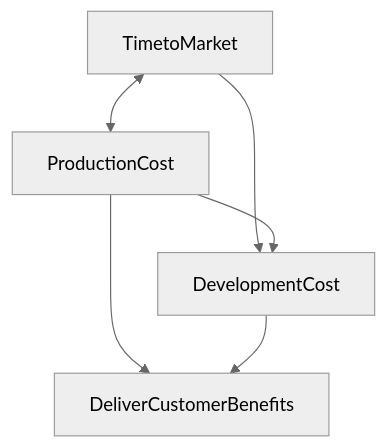
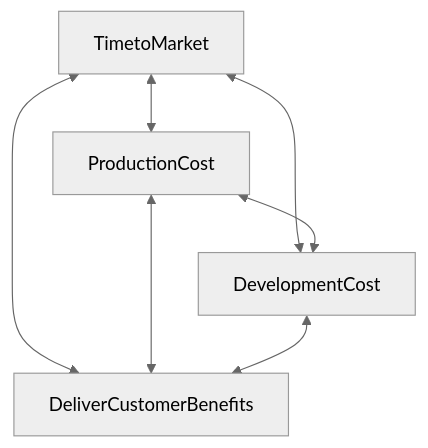
One commit to aanaberu/ProductManagement-Learn-Hardway changed the diagram in README.md. Above: the diagram before and after it, drawn with Mermaid (neutral theme).

````diff
--- a/README.md
+++ b/README.md
@@ -42,8 +42,9 @@
 ```mermaid
 graph TD;
     TimetoMarket<-->ProductionCost;
-    TimetoMarket-->DevelopmentCost;
-    ProductionCost-->DevelopmentCost;
-    ProductionCost-->DeliverCustomerBenefits;
-    DevelopmentCost-->DeliverCustomerBenefits;
+    TimetoMarket<-->DevelopmentCost;
+    TimetoMarket<-->DeliverCustomerBenefits;
+    ProductionCost<-->DevelopmentCost;
+    ProductionCost<-->DeliverCustomerBenefits;
+    DevelopmentCost<-->DeliverCustomerBenefits;
 ```
````
